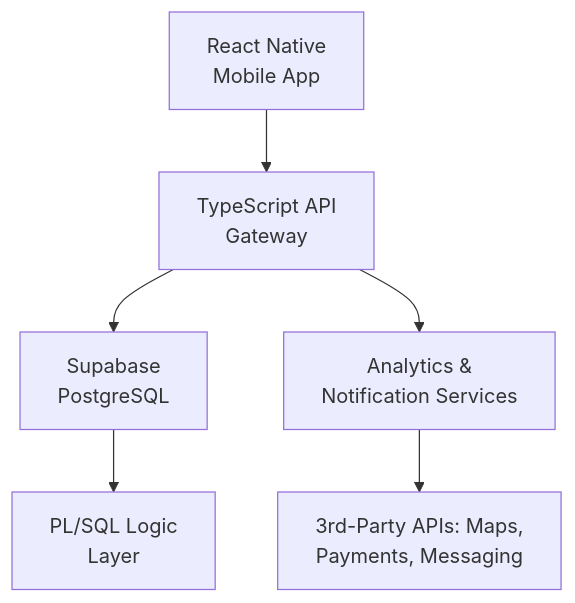
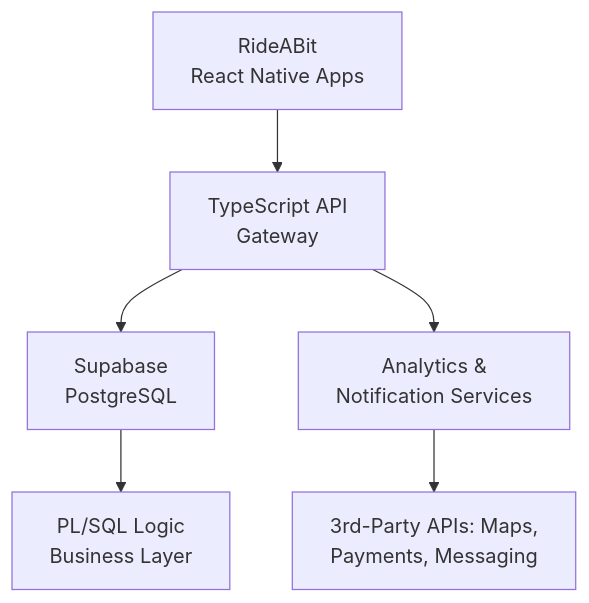
The diagram in README.md (Lakshr1/EcoRide), drawn with Mermaid before and after one commit. The commit also changed other lines of this file, not shown here.

First line of the commit message:
Revise README for RideABit branding and details

````diff
--- a/README.md
+++ b/README.md
@@ -20,11 +34,10 @@
 ```mermaid
 graph TD
 
-  RN[React Native<br/>Mobile App] --> API[TypeScript API<br/>Gateway]
+  RN[RideABit<br/>React Native Apps] --> API[TypeScript API<br/>Gateway]
   API --> DB[Supabase<br/>PostgreSQL]
-  DB --> PL[PL/SQL Logic<br/>Layer]
+  DB --> PL[PL/SQL Logic<br/>Business Layer]
   API --> AN[Analytics &<br/>Notification Services]
   AN --> TP[3rd-Party APIs: Maps,<br/>Payments, Messaging]
 
-
 ```
````
